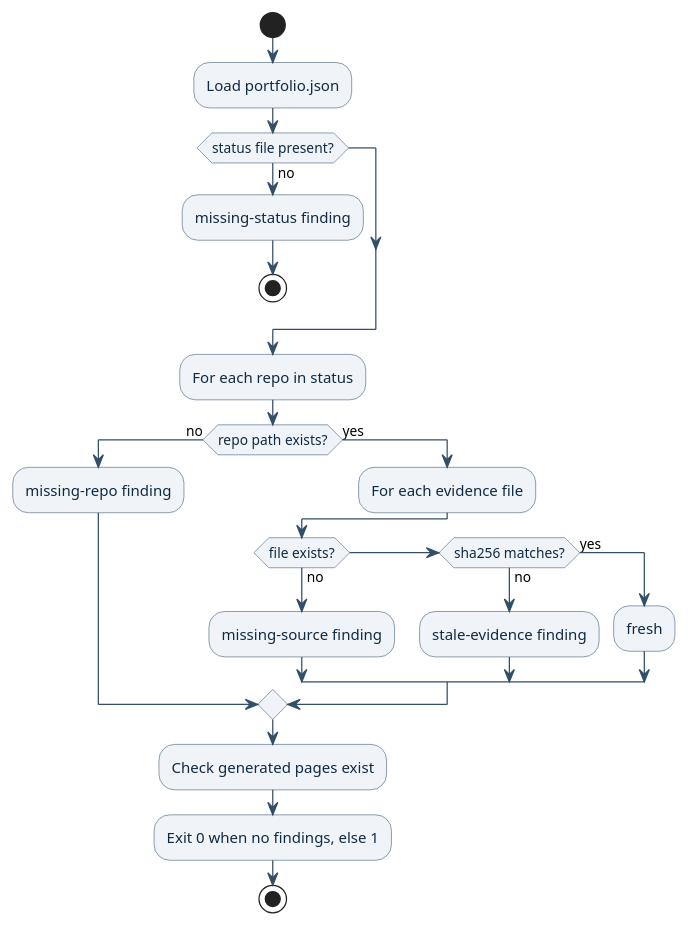
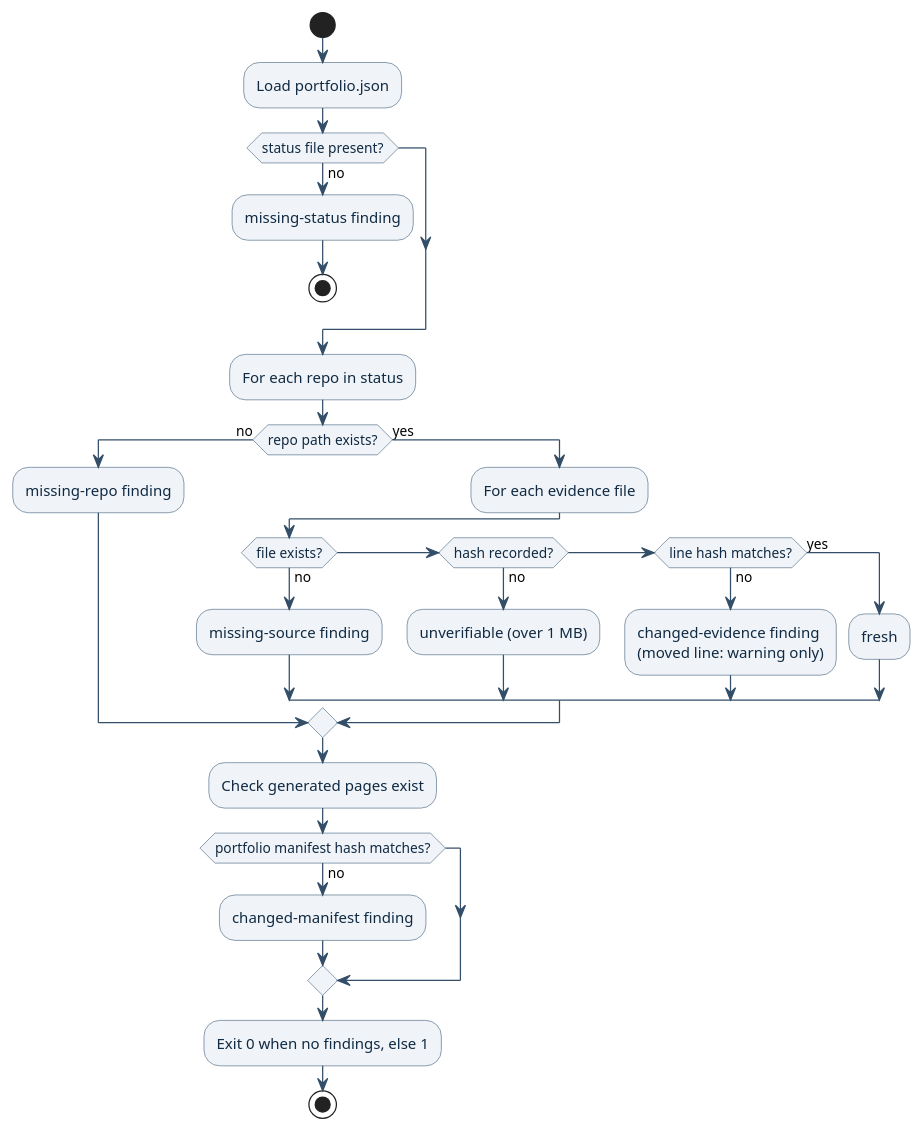
Before and after one commit to brunobrise/xfeat: the diagram in docs/specs/diagrams/01a103e77d0e706f/portfolio-verify.puml, drawn with PlantUML. The commit also changed 4 other files, not shown here.

```diff
--- a/docs/specs/diagrams/01a103e77d0e706f/portfolio-verify.puml
+++ b/docs/specs/diagrams/01a103e77d0e706f/portfolio-verify.puml
@@ -1,34 +1,39 @@
 @startuml
 skinparam backgroundColor #FFFFFF
 skinparam shadowing false
 skinparam defaultFontName Helvetica
 skinparam activity {
   BorderColor #486581
   FontColor #102A43
   BackgroundColor #F0F4F8
 }
 skinparam arrowColor #334E68
 
 start
 :Load portfolio.json;
 if (status file present?) then (no)
   :missing-status finding;
   stop
 endif
 :For each repo in status;
 if (repo path exists?) then (no)
   :missing-repo finding;
 else (yes)
   :For each evidence file;
   if (file exists?) then (no)
     :missing-source finding;
-  elseif (sha256 matches?) then (no)
-    :stale-evidence finding;
+  elseif (hash recorded?) then (no)
+    :unverifiable (over 1 MB);
+  elseif (line hash matches?) then (no)
+    :changed-evidence finding\n(moved line: warning only);
   else (yes)
     :fresh;
   endif
 endif
 :Check generated pages exist;
+if (portfolio manifest hash matches?) then (no)
+  :changed-manifest finding;
+endif
 :Exit 0 when no findings, else 1;
 stop
 @enduml
```
